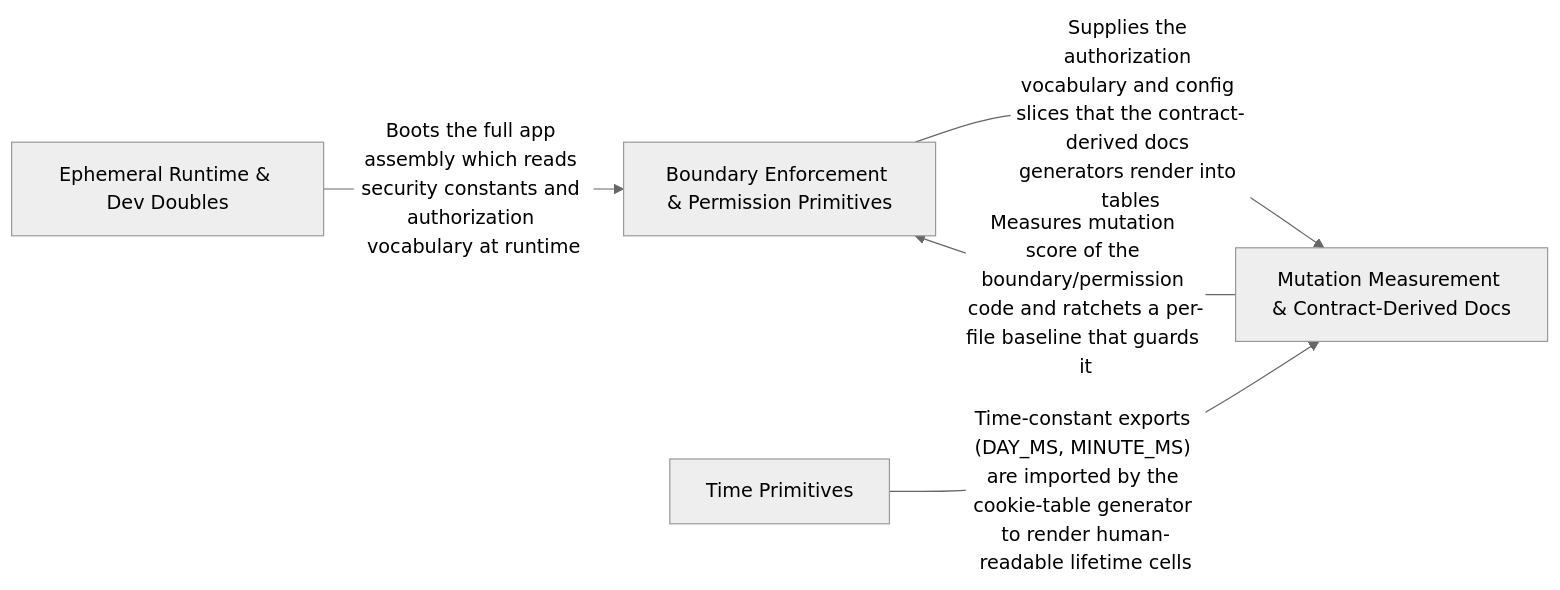
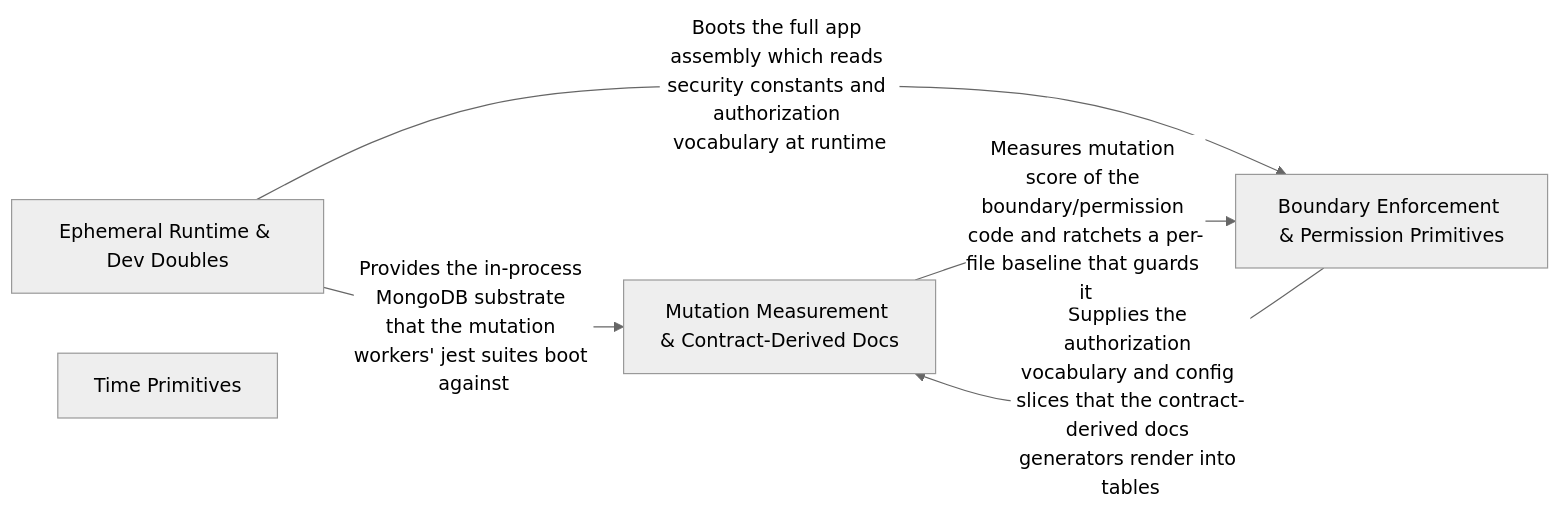
Before and after one commit to Guebbit/boilerplate-node-backend: the diagram in .2brain/arch/Test_Dev_Support_Infrastructure.md, drawn with Mermaid (neutral theme). The commit also changed other lines of this file and 1102 other files, not shown here.

````diff
--- a/.2brain/arch/Test_Dev_Support_Infrastructure.md
+++ b/.2brain/arch/Test_Dev_Support_Infrastructure.md
@@ -10,14 +10,14 @@
 ```mermaid
 graph LR
     Ephemeral_Runtime_Dev_Doubles["Ephemeral Runtime & Dev Doubles"]
     Boundary_Enforcement_Permission_Primitives["Boundary Enforcement & Permission Primitives"]
     Mutation_Measurement_Contract_Derived_Docs["Mutation Measurement & Contract-Derived Docs"]
     Time_Primitives["Time Primitives"]
+    Ephemeral_Runtime_Dev_Doubles -- "Provides the in-process MongoDB substrate that the mutation workers' jest suites boot against" --> Mutation_Measurement_Contract_Derived_Docs
     Ephemeral_Runtime_Dev_Doubles -- "Boots the full app assembly which reads security constants and authorization vocabulary at runtime" --> Boundary_Enforcement_Permission_Primitives
     Boundary_Enforcement_Permission_Primitives -- "Supplies the authorization vocabulary and config slices that the contract-derived docs generators render into tables" --> Mutation_Measurement_Contract_Derived_Docs
     Mutation_Measurement_Contract_Derived_Docs -- "Measures mutation score of the boundary/permission code and ratchets a per-file baseline that guards it" --> Boundary_Enforcement_Permission_Primitives
-    Time_Primitives -- "Time-constant exports (DAY_MS, MINUTE_MS) are imported by the cookie-table generator to render human-readable lifetime cells" --> Mutation_Measurement_Contract_Derived_Docs
     click Ephemeral_Runtime_Dev_Doubles href "./Ephemeral_Runtime_Dev_Doubles.md" "Details"
     click Boundary_Enforcement_Permission_Primitives href "./Boundary_Enforcement_Permission_Primitives.md" "Details"
     click Mutation_Measurement_Contract_Derived_Docs href "./Mutation_Measurement_Contract_Derived_Docs.md" "Details"
 ```
````
